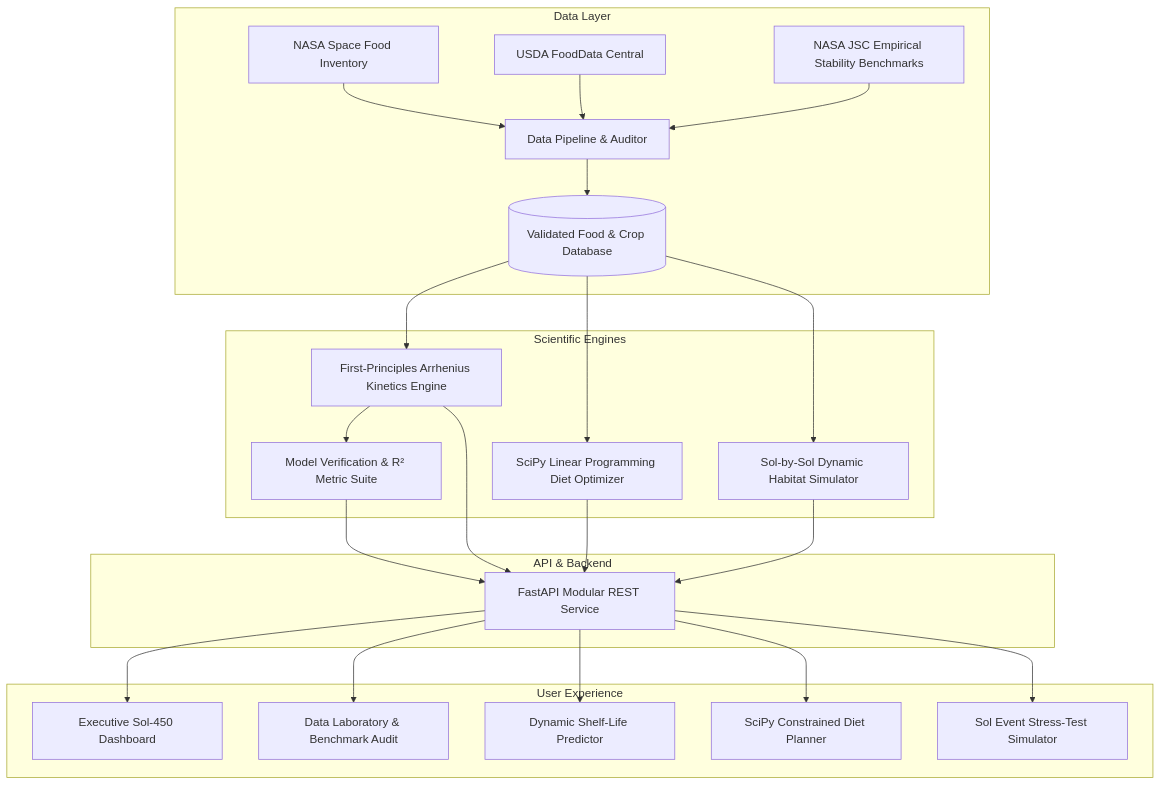
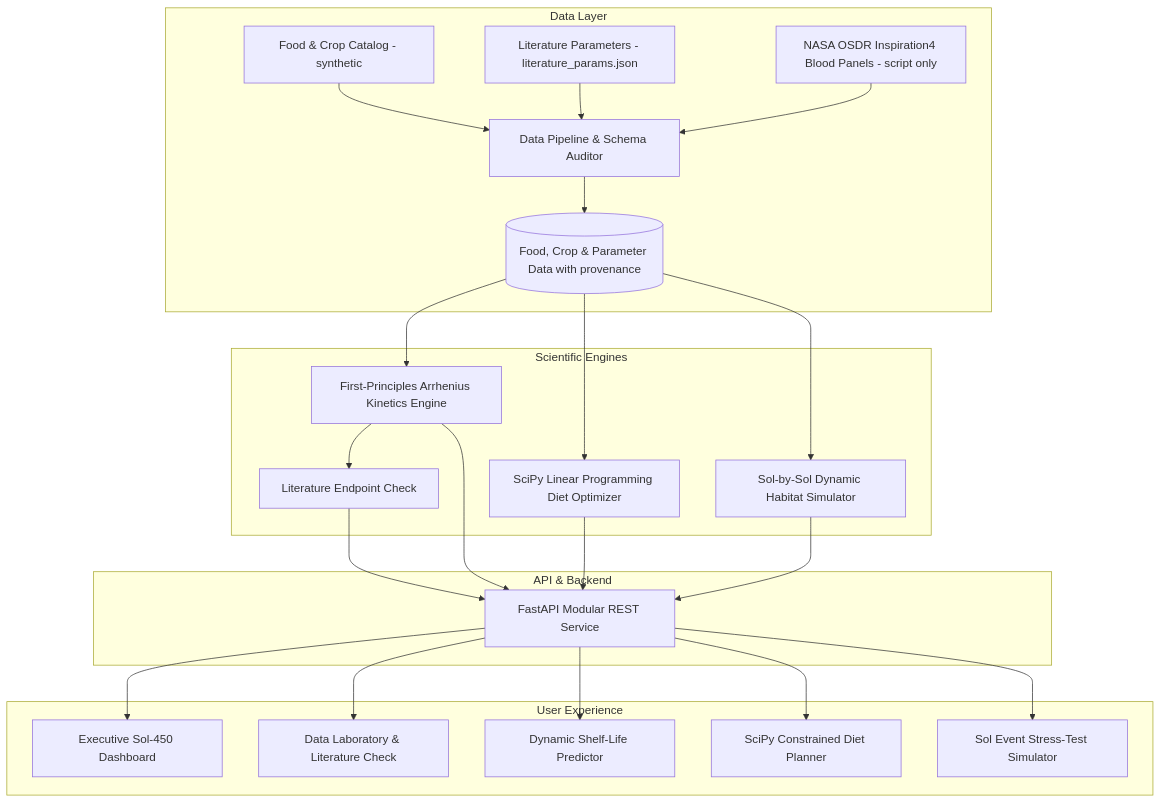
The diagram in ARCHITECTURE.md (NurtureAISpace/mars-food-intelligence), drawn with Mermaid before and after one commit. The commit also changed other lines of this file and 6 other files, not shown here.

First line of the commit message:
docs: add DATA_SOURCES.md, remove unsupported claims, record build timeline

````diff
--- a/ARCHITECTURE.md
+++ b/ARCHITECTURE.md
@@ -12,31 +12,31 @@
 ```mermaid
 flowchart TD
     subgraph Data Layer
-        A1[NASA Space Food Inventory] --> P1[Data Pipeline & Auditor]
-        A2[USDA FoodData Central] --> P1
-        A3[NASA JSC Empirical Stability Benchmarks] --> P1
-        P1 --> D1[(Validated Food & Crop Database)]
+        A1[Food & Crop Catalog - synthetic] --> P1[Data Pipeline & Schema Auditor]
+        A2[Literature Parameters - literature_params.json] --> P1
+        A3[NASA OSDR Inspiration4 Blood Panels - script only] --> P1
+        P1 --> D1[(Food, Crop & Parameter Data with provenance)]
     end
 
     subgraph Scientific Engines
         D1 --> E1[First-Principles Arrhenius Kinetics Engine]
         D1 --> E2[SciPy Linear Programming Diet Optimizer]
         D1 --> E3[Sol-by-Sol Dynamic Habitat Simulator]
-        E1 --> V1[Model Verification & R² Metric Suite]
+        E1 --> V1[Literature Endpoint Check]
     end
 
     subgraph API & Backend
         E1 --> API[FastAPI Modular REST Service]
         E2 --> API
         E3 --> API
         V1 --> API
     end
 
     subgraph User Experience
         API --> UI1[Executive Sol-450 Dashboard]
-        API --> UI2[Data Laboratory & Benchmark Audit]
+        API --> UI2[Data Laboratory & Literature Check]
         API --> UI3[Dynamic Shelf-Life Predictor]
         API --> UI4[SciPy Constrained Diet Planner]
         API --> UI5[Sol Event Stress-Test Simulator]
     end
 ```
````
